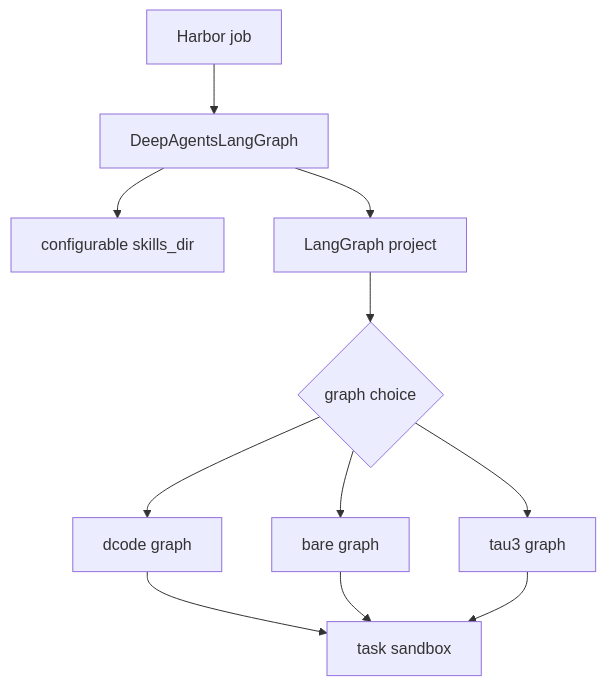
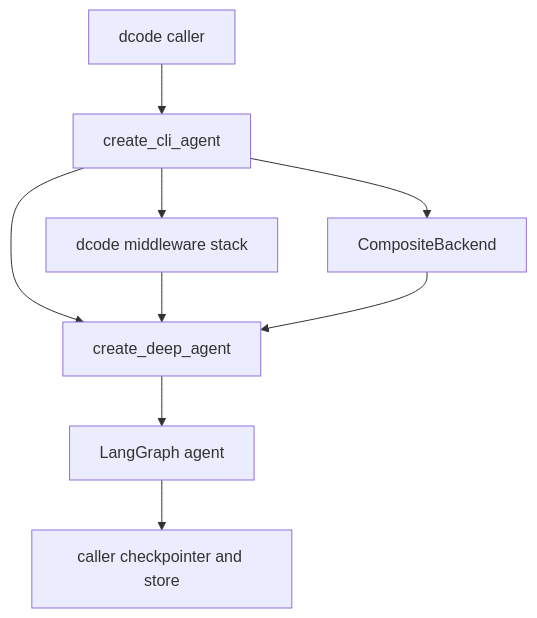
The first of 2 diagrams in openwiki/architecture/source-map.md (langchain-ai/deepagents), drawn with Mermaid before and after one commit. The commit also changed other lines of this file and 29 other files, not shown here.

````diff
--- a/openwiki/architecture/source-map.md
+++ b/openwiki/architecture/source-map.md
@@ -139,13 +81,11 @@
 ```mermaid
 flowchart TD
-  Job["Harbor job"] --> Adapter["DeepAgentsLangGraph"]
-  Adapter --> Config["configurable skills_dir"]
-  Adapter --> Project["LangGraph project"]
-  Project --> Choice{"graph choice"}
-  Choice --> Dcode["dcode graph"]
-  Choice --> Bare["bare graph"]
-  Choice --> Tau["tau3 graph"]
-  Dcode --> Sandbox["task sandbox"]
-  Bare --> Sandbox
-  Tau --> Sandbox
+  CLI["dcode caller"] --> Assembly["create_cli_agent"]
+  Assembly --> Backend["CompositeBackend"]
+  Assembly --> Stack["dcode middleware stack"]
+  Assembly --> SDK["create_deep_agent"]
+  Stack --> SDK
+  Backend --> SDK
+  SDK --> Graph["LangGraph agent"]
+  Graph --> Checkpoint["caller checkpointer and store"]
 ```
````
